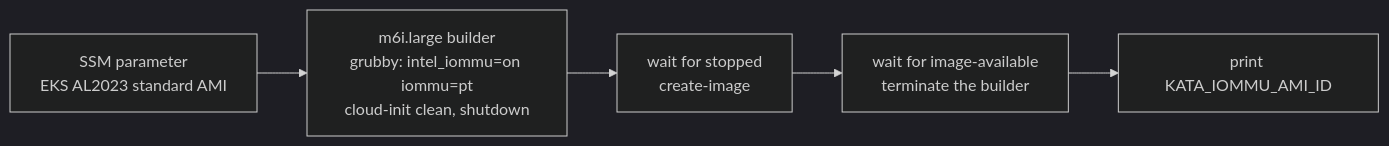
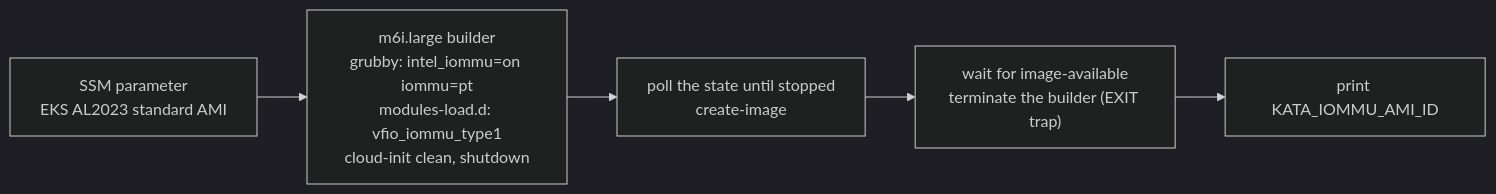
One commit to daekeun-ml/gpu-sandbox-on-aws changed the first of 2 diagrams in docs/handson/03_kata.en.md. Above: the diagram before and after it, drawn with Mermaid (dark theme). The commit also changed other lines of this file and 5 other files, not shown here.

````diff
--- a/docs/handson/03_kata.en.md
+++ b/docs/handson/03_kata.en.md
@@ -176,5 +176,5 @@
 ```mermaid
 flowchart LR
-    A["SSM parameter<br/>EKS AL2023 standard AMI"] --> B["m6i.large builder<br/>grubby: intel_iommu=on iommu=pt<br/>cloud-init clean, shutdown"]
-    B --> C["wait for stopped<br/>create-image"] --> D["wait for image-available<br/>terminate the builder"] --> E["print KATA_IOMMU_AMI_ID"]
+    A["SSM parameter<br/>EKS AL2023 standard AMI"] --> B["m6i.large builder<br/>grubby: intel_iommu=on iommu=pt<br/>modules-load.d: vfio_iommu_type1<br/>cloud-init clean, shutdown"]
+    B --> C["poll the state until stopped<br/>create-image"] --> D["wait for image-available<br/>terminate the builder (EXIT trap)"] --> E["print KATA_IOMMU_AMI_ID"]
 ```
````
